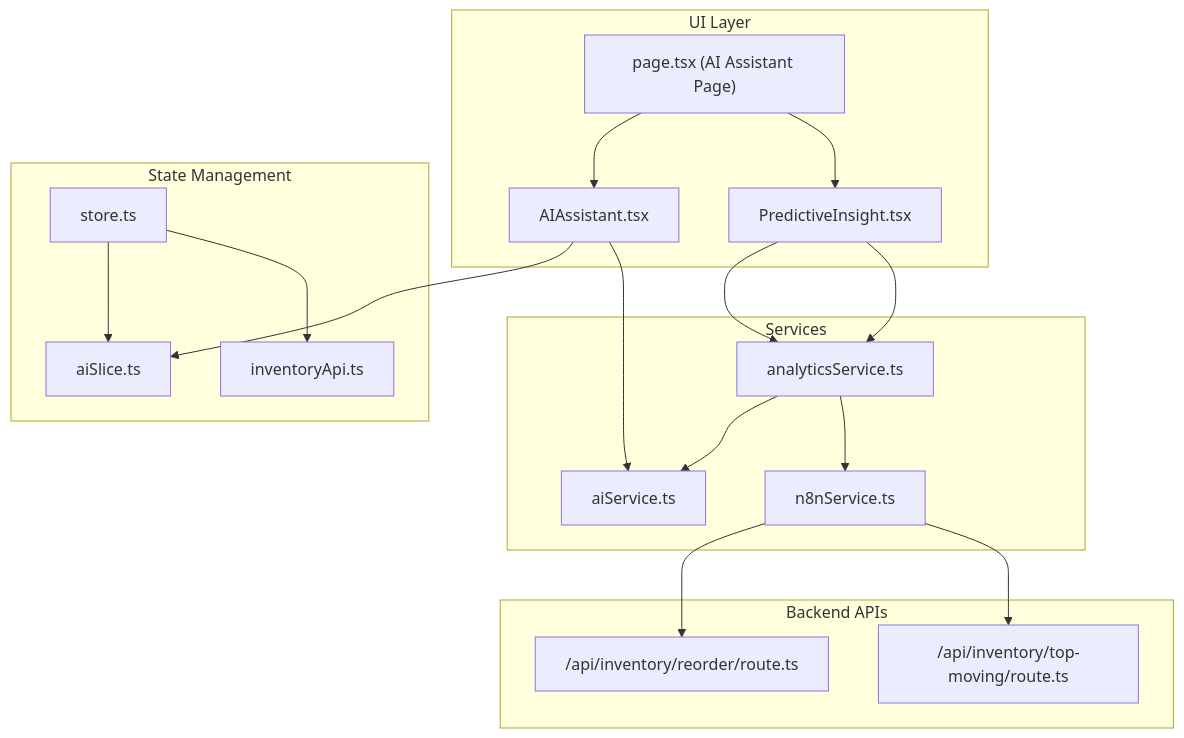
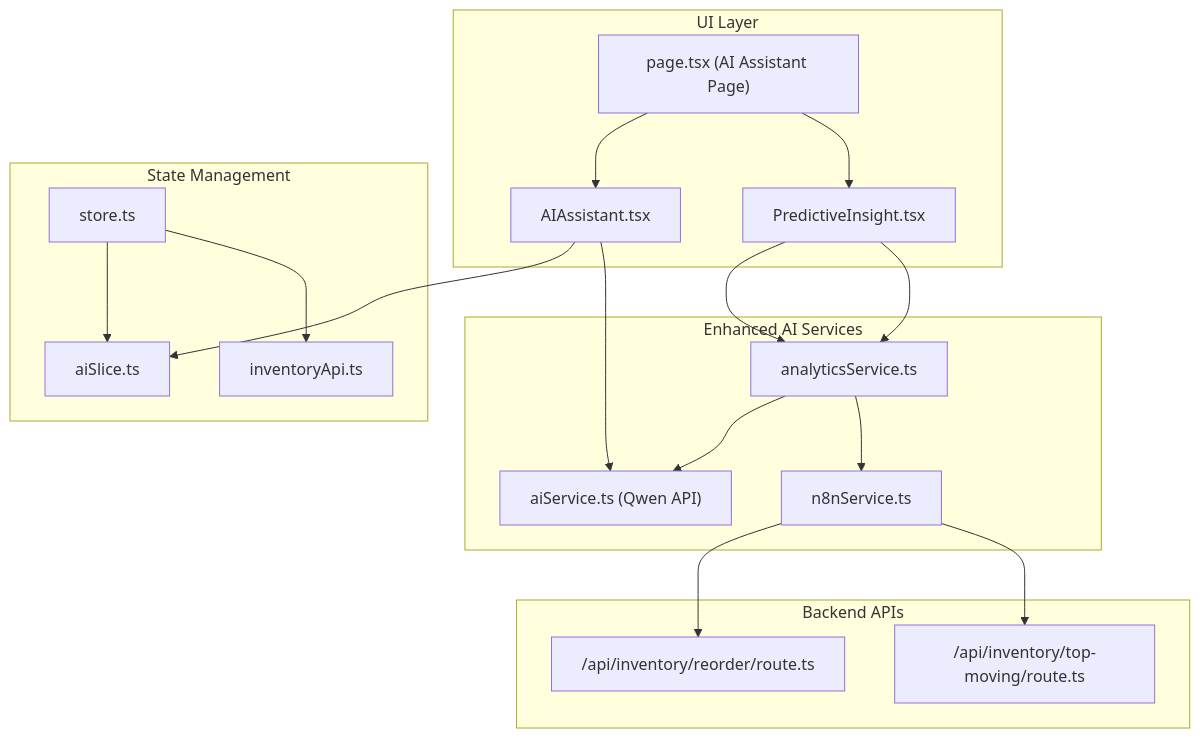
Before and after one commit to cacamarica/dashboard-ai: the first of 8 diagrams in .qoder/repowiki/en/content/Core Features/AI Assistant.md, drawn with Mermaid. The commit also changed other lines of this file and 14 other files, not shown here.

````diff
--- a/.qoder/repowiki/en/content/Core Features/AI Assistant.md
+++ b/.qoder/repowiki/en/content/Core Features/AI Assistant.md
@@ -41,34 +50,34 @@
 ```mermaid
 graph TB
 subgraph "UI Layer"
 AA["AIAssistant.tsx"]
 PI["PredictiveInsight.tsx"]
 AAP["page.tsx (AI Assistant Page)"]
 end
 subgraph "State Management"
 AS["aiSlice.ts"]
 ST["store.ts"]
 IA["inventoryApi.ts"]
 end
-subgraph "Services"
-AIS["aiService.ts"]
+subgraph "Enhanced AI Services"
+AIS["aiService.ts (Qwen API)"]
 ANS["analyticsService.ts"]
 NS["n8nService.ts"]
 end
 subgraph "Backend APIs"
 API_REORDER["/api/inventory/reorder/route.ts"]
 API_TOPMOVING["/api/inventory/top-moving/route.ts"]
 end
 AAP --> AA
 AAP --> PI
 AA --> AS
 PI --> ANS
 AA --> AIS
 PI --> ANS
 ANS --> AIS
 ANS --> NS
 NS --> API_REORDER
 NS --> API_TOPMOVING
 ST --> AS
 ST --> IA
 ```
````
